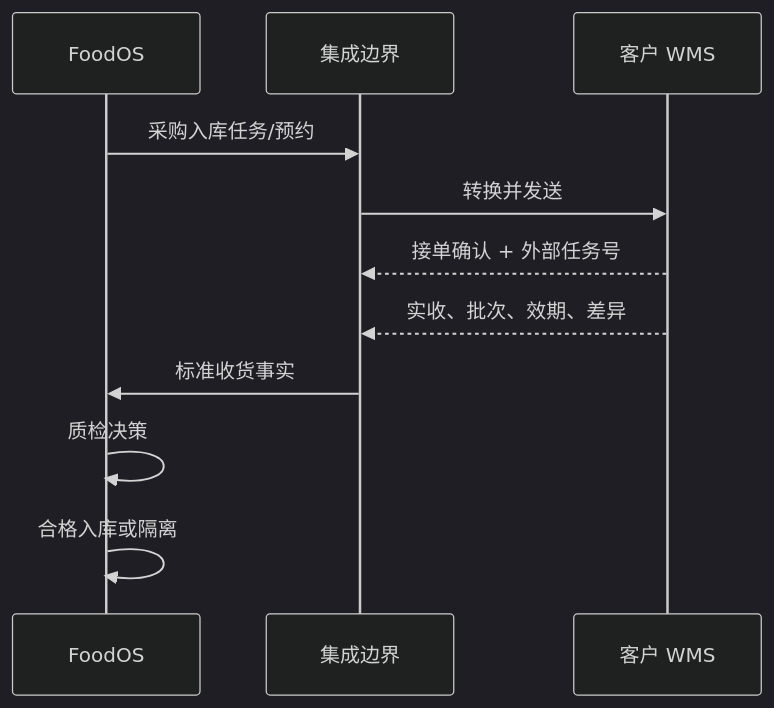
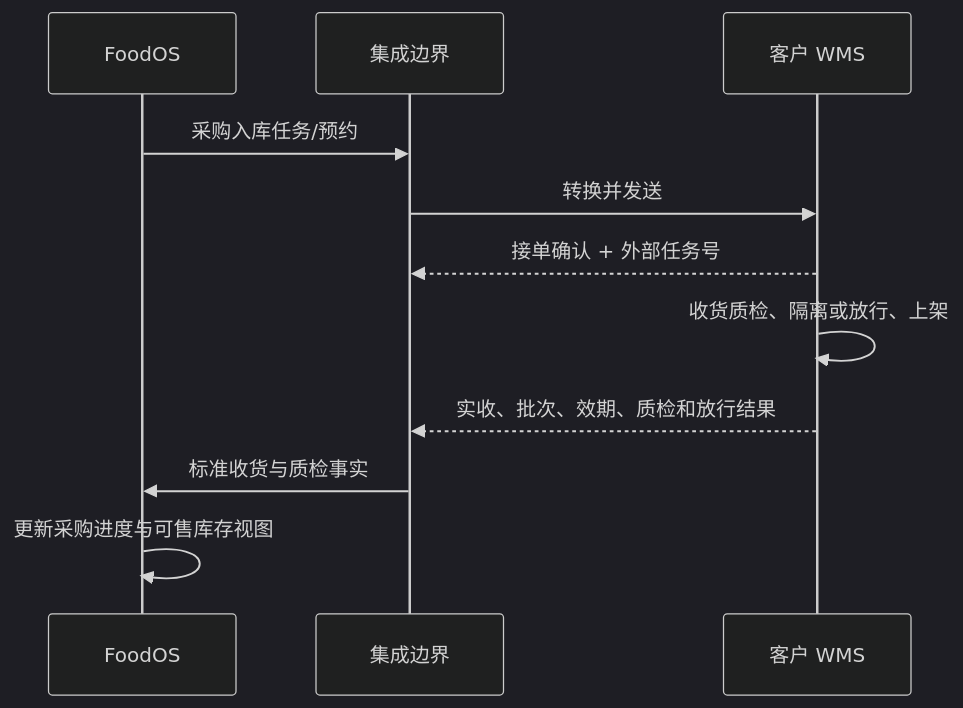
The second of 3 diagrams in doc/FoodOS-客户WMS对接-技术方案.md (yusliao/FoodOS), drawn with Mermaid (dark theme) before and after one commit. The commit also changed other lines of this file and 48 other files, not shown here.

````diff
--- a/doc/FoodOS-客户WMS对接-技术方案.md
+++ b/doc/FoodOS-客户WMS对接-技术方案.md
@@ -206,13 +208,13 @@
 ```mermaid
 sequenceDiagram
     participant F as FoodOS
     participant G as 集成边界
     participant W as 客户 WMS
     F->>G: 采购入库任务/预约
     G->>W: 转换并发送
     W-->>G: 接单确认 + 外部任务号
-    W-->>G: 实收、批次、效期、差异
-    G->>F: 标准收货事实
-    F->>F: 质检决策
-    F->>F: 合格入库或隔离
+    W->>W: 收货质检、隔离或放行、上架
+    W-->>G: 实收、批次、效期、质检和放行结果
+    G->>F: 标准收货与质检事实
+    F->>F: 更新采购进度与可售库存视图
 ```
````
